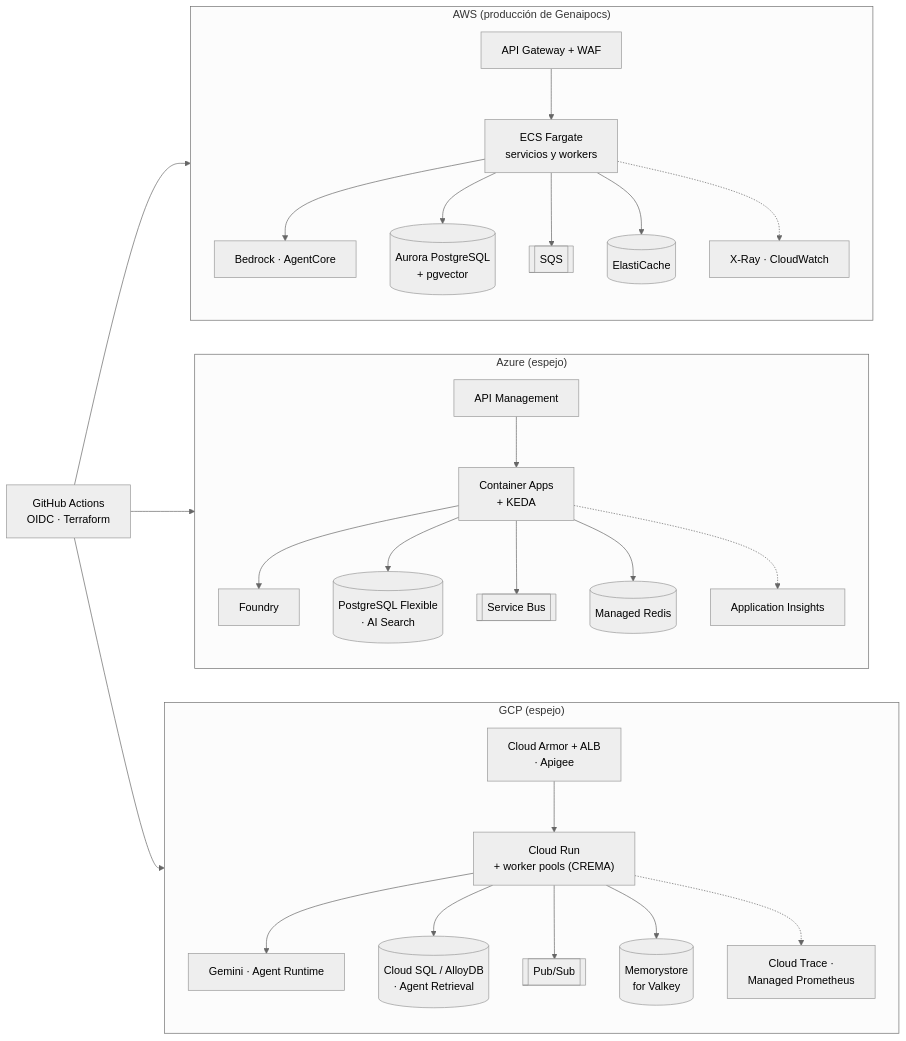
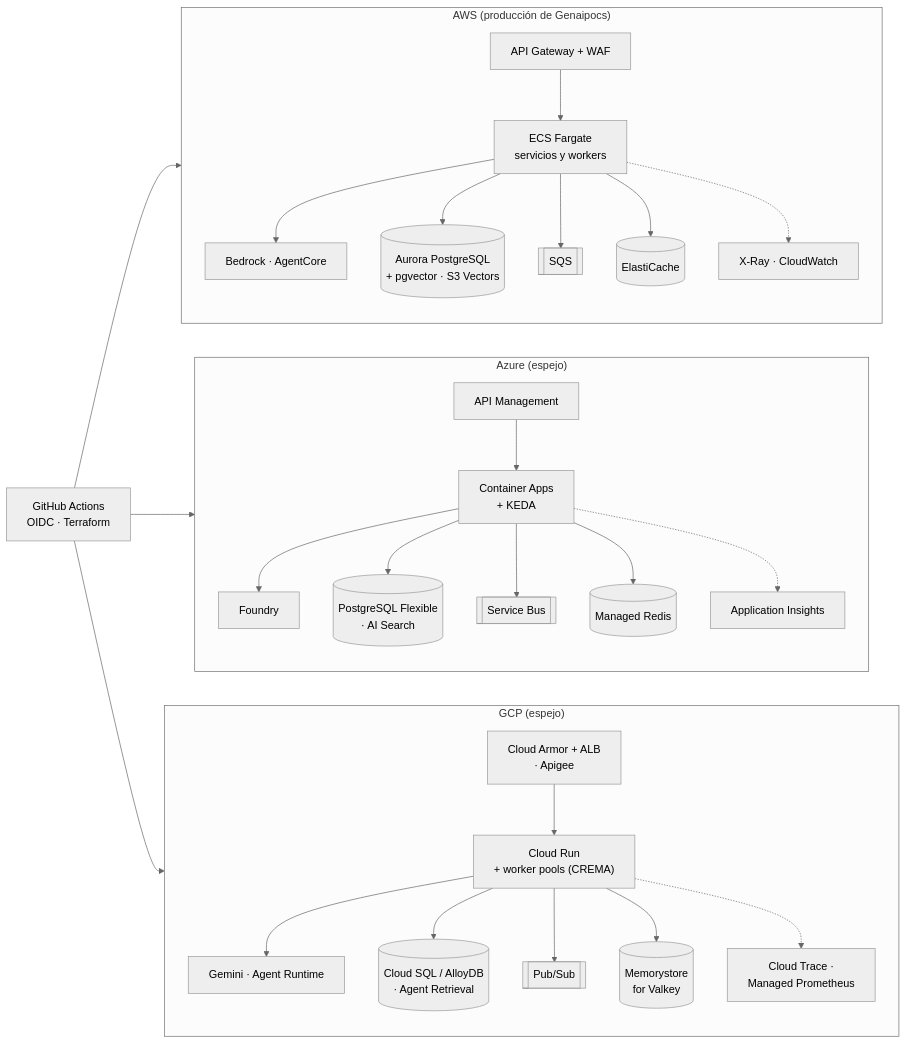
Before and after one commit to SergioVelmay/GenAI_PoCs: diagram 14 of 15 in docs/arquitectura.md, drawn with Mermaid (neutral theme). The commit also changed other lines of this file and 23 other files, not shown here.

````diff
--- a/docs/arquitectura.md
+++ b/docs/arquitectura.md
@@ -327,31 +373,31 @@
 ```mermaid
 flowchart LR
   subgraph AWS["AWS (producción de Genaipocs)"]
     direction TB
     A1["API Gateway + WAF"] --> A2["ECS Fargate<br/>servicios y workers"]
     A2 --> A3["Bedrock · AgentCore"]
-    A2 --> A4[("Aurora PostgreSQL<br/>+ pgvector")]
+    A2 --> A4[("Aurora PostgreSQL<br/>+ pgvector · S3 Vectors")]
     A2 --> A5[["SQS"]]
     A2 --> A6[("ElastiCache")]
     A2 -.-> A7["X-Ray · CloudWatch"]
   end
   subgraph AZ["Azure (espejo)"]
     direction TB
     Z1["API Management"] --> Z2["Container Apps<br/>+ KEDA"]
     Z2 --> Z3["Foundry"]
     Z2 --> Z4[("PostgreSQL Flexible<br/>· AI Search")]
     Z2 --> Z5[["Service Bus"]]
     Z2 --> Z6[("Managed Redis")]
     Z2 -.-> Z7["Application Insights"]
   end
   subgraph GCP["GCP (espejo)"]
     direction TB
     G1["Cloud Armor + ALB<br/>· Apigee"] --> G2["Cloud Run<br/>+ worker pools (CREMA)"]
     G2 --> G3["Gemini · Agent Runtime"]
     G2 --> G4[("Cloud SQL / AlloyDB<br/>· Agent Retrieval")]
     G2 --> G5[["Pub/Sub"]]
     G2 --> G6[("Memorystore<br/>for Valkey")]
     G2 -.-> G7["Cloud Trace ·<br/>Managed Prometheus"]
   end
   GH["GitHub Actions<br/>OIDC · Terraform"] --> AWS & AZ & GCP
 ```
````
